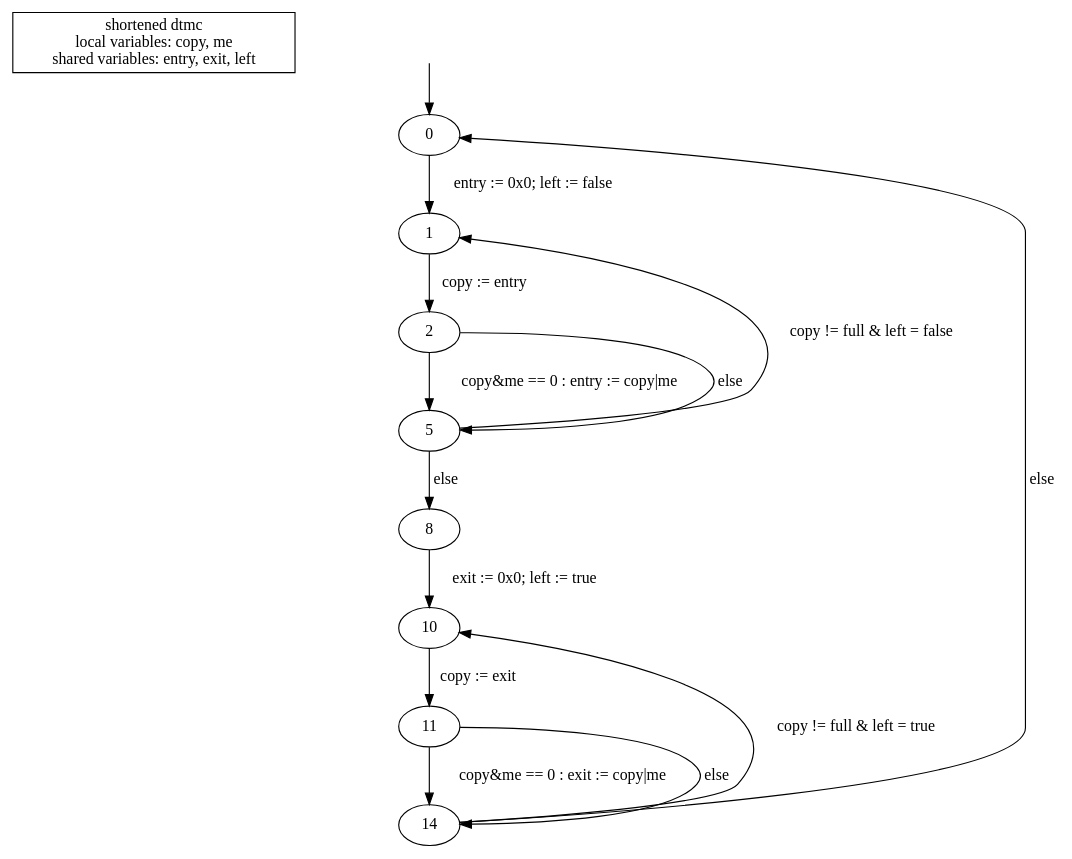
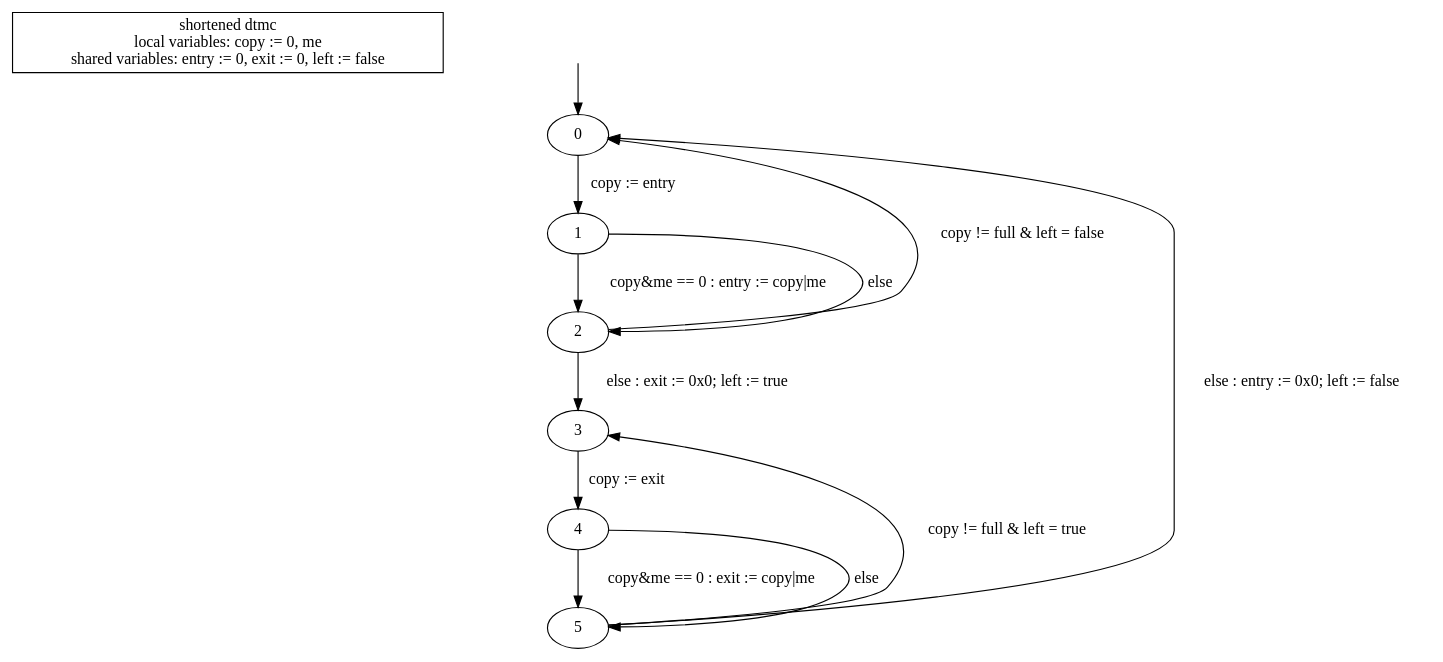
The diagram in barrier-attempt/model-prism-ctmc/model-shortened-dtmc.dot (hydroo/minor-thesis-barriers), drawn with Graphviz before and after one commit. The commit also changed 1 other file, not shown here.

```diff
--- a/barrier-attempt/model-prism-ctmc/model-shortened-dtmc.dot
+++ b/barrier-attempt/model-prism-ctmc/model-shortened-dtmc.dot
@@ -1,25 +1,22 @@
 digraph {
 
-	"shortened dtmc\nlocal variables: copy, me\nshared variables: entry, exit, left" [nojustify=true, shape=box]
+	"shortened dtmc\nlocal variables: copy := 0, me\nshared variables: entry := 0, exit := 0, left := false" [nojustify=true, shape=box]
 	
 	initial_state_source [style=invis]
 	initial_state_source -> "0"
 
-	"0"  -> "1"  [weight=10, label="entry := 0x0; left := false"]
-	"1"  -> "2"  [weight=10, label="copy := entry"]
+	"0"  -> "1"  [weight=10, label="copy := entry"]
 
-	"2"  -> "5"  [weight=10, label="copy&me == 0 : entry := copy|me"]
-	"2"  -> "5"  [label="else"]
+	"1"  -> "2"  [weight=10, label="copy&me == 0 : entry := copy|me"]
+	"1"  -> "2"  [label="else"]
 
-	"5"  -> "1"  [label="copy != full & left = false"]
-	"5"  -> "8"  [weight=10, label="else"]
+	"2"  -> "0"  [label="copy != full & left = false"]
+	"2"  -> "3"  [weight=10, label="else : exit := 0x0; left := true"]
 
-	"8"  -> "10"  [weight=10, label="exit := 0x0; left := true"]
+	"3" -> "4" [weight=10, label="copy := exit"]
+	"4" -> "5" [weight=10, label="copy&me == 0 : exit := copy|me"]
+	"4" -> "5" [label="else"]
 
-	"10" -> "11" [weight=10, label="copy := exit"]
-	"11" -> "14" [weight=10, label="copy&me == 0 : exit := copy|me"]
-	"11" -> "14" [label="else"]
-
-	"14" -> "10" [label="copy != full & left = true"]
-	"14" -> "0" [label="else"]
+	"5" -> "3" [label="copy != full & left = true"]
+	"5" -> "0" [label="else : entry := 0x0; left := false"]
 }
```
